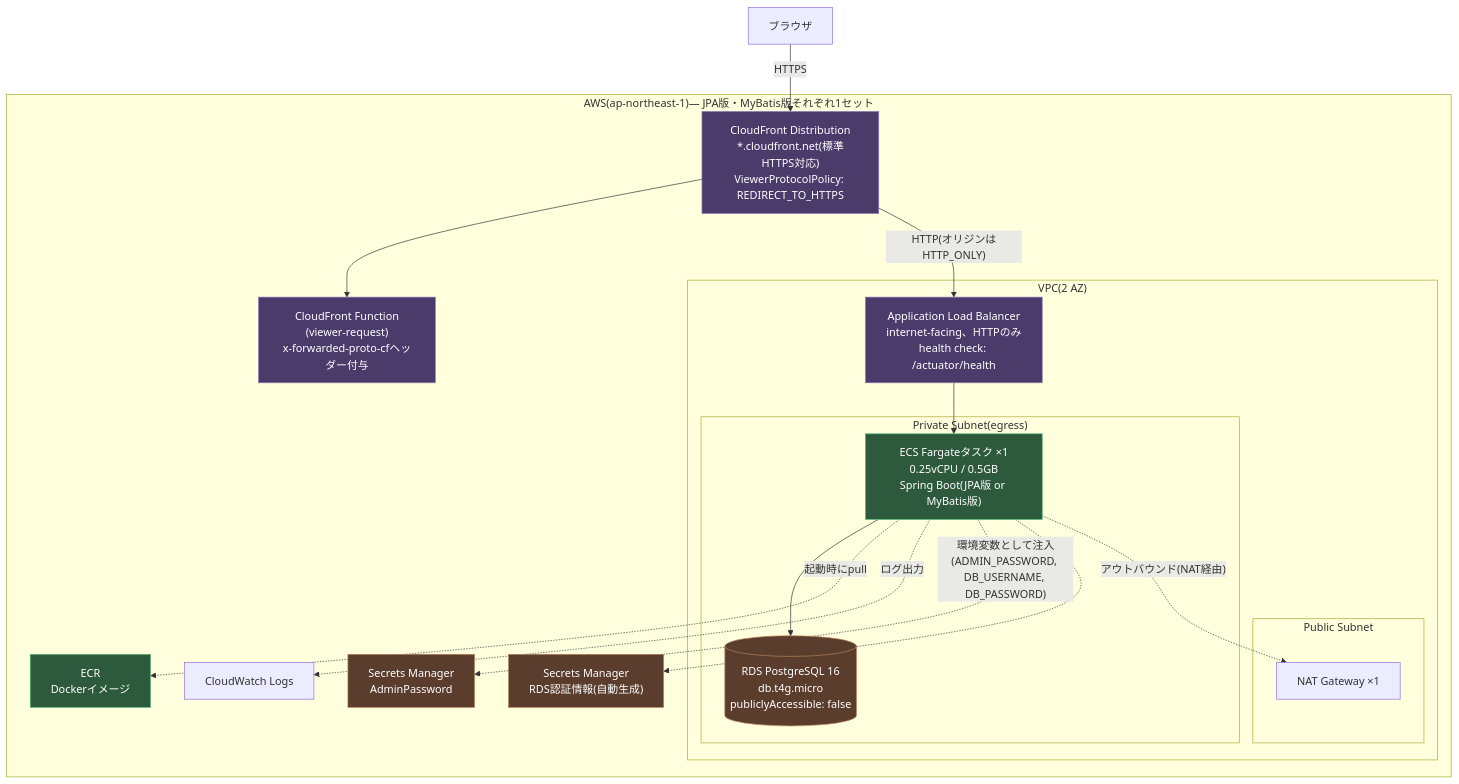
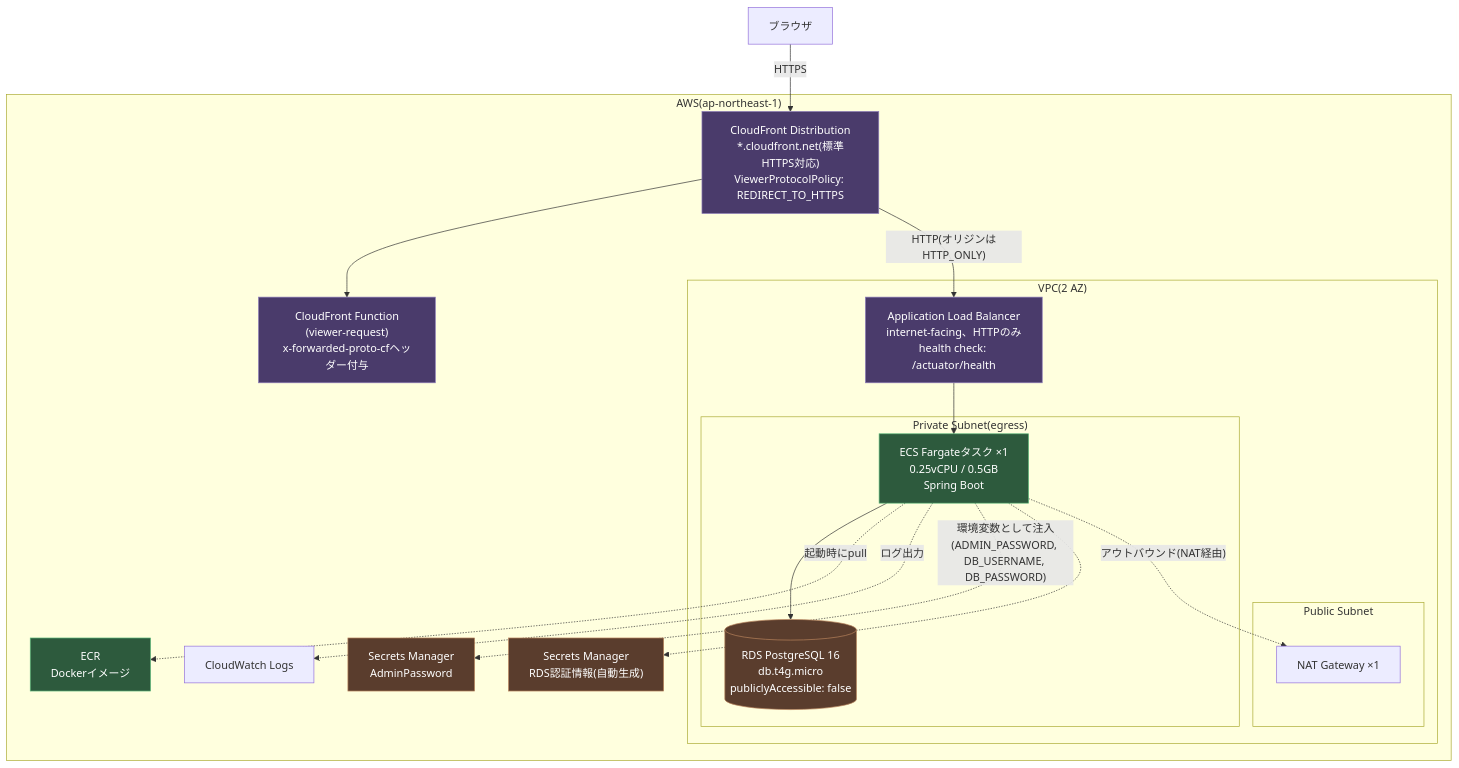
One commit to osidasi0005/record_shop_ec_mono changed the first of 2 diagrams in 04-infrastructure-diagram.md. Above: the diagram before and after it, drawn with Mermaid. The commit also changed other lines of this file and 6 other files, not shown here.

````diff
--- a/04-infrastructure-diagram.md
+++ b/04-infrastructure-diagram.md
@@ -14,45 +8,45 @@
 ```mermaid
 graph TB
     Browser["ブラウザ"]
 
-    subgraph AWS["AWS(ap-northeast-1)― JPA版・MyBatis版それぞれ1セット"]
+    subgraph AWS["AWS(ap-northeast-1)"]
         CF["CloudFront Distribution<br/>*.cloudfront.net(標準HTTPS対応)<br/>ViewerProtocolPolicy: REDIRECT_TO_HTTPS"]
         CFFunc["CloudFront Function<br/>(viewer-request)<br/>x-forwarded-proto-cfヘッダー付与"]
 
         subgraph VPC["VPC(2 AZ)"]
             ALB["Application Load Balancer<br/>internet-facing、HTTPのみ<br/>health check: /actuator/health"]
 
             subgraph Public["Public Subnet"]
                 NAT["NAT Gateway ×1"]
             end
 
             subgraph Private["Private Subnet(egress)"]
-                Fargate["ECS Fargateタスク ×1<br/>0.25vCPU / 0.5GB<br/>Spring Boot(JPA版 or MyBatis版)"]
+                Fargate["ECS Fargateタスク ×1<br/>0.25vCPU / 0.5GB<br/>Spring Boot"]
                 RDS[("RDS PostgreSQL 16<br/>db.t4g.micro<br/>publiclyAccessible: false")]
             end
         end
 
         SecretsAdmin["Secrets Manager<br/>AdminPassword"]
         SecretsRDS["Secrets Manager<br/>RDS認証情報(自動生成)"]
         ECR["ECR<br/>Dockerイメージ"]
         CWLogs["CloudWatch Logs"]
     end
 
     Browser -->|HTTPS| CF
     CF --> CFFunc
     CF -->|"HTTP(オリジンはHTTP_ONLY)"| ALB
     ALB --> Fargate
     Fargate --> RDS
     Fargate -.->|"起動時にpull"| ECR
     Fargate -.->|ログ出力| CWLogs
     Fargate -.->|"環境変数として注入<br/>(ADMIN_PASSWORD, DB_USERNAME, DB_PASSWORD)"| SecretsAdmin
     Fargate -.-> SecretsRDS
     Fargate -.->|"アウトバウンド(NAT経由)"| NAT
 
     classDef edge fill:#4a3b6b,stroke:#8b7bb8,color:#fff
     classDef compute fill:#2d5a3d,stroke:#5cb87a,color:#fff
     classDef data fill:#5a3d2d,stroke:#b8845c,color:#fff
     class CF,CFFunc,ALB edge
     class Fargate,ECR compute
     class RDS,SecretsAdmin,SecretsRDS data
 ```
````
